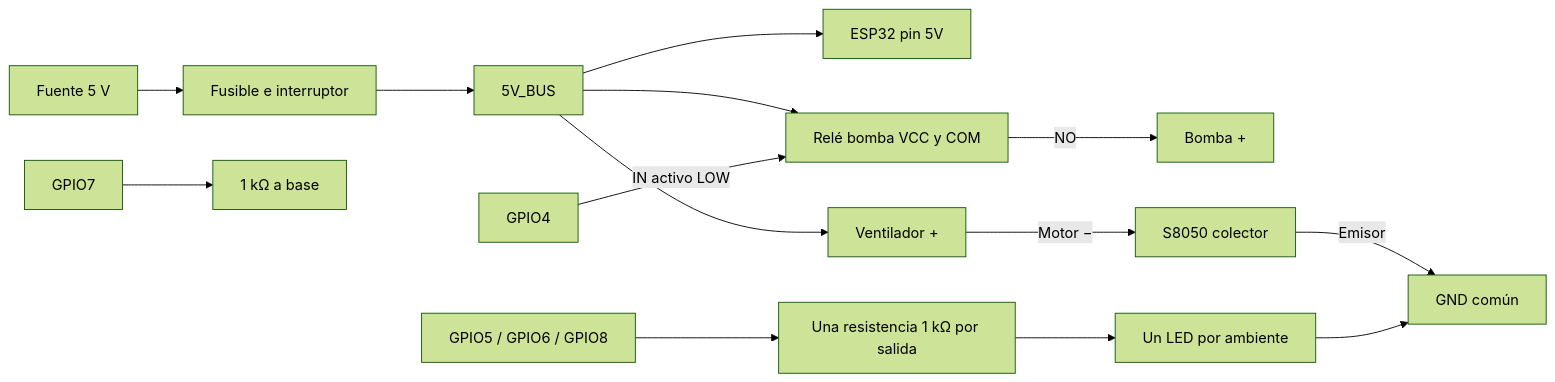
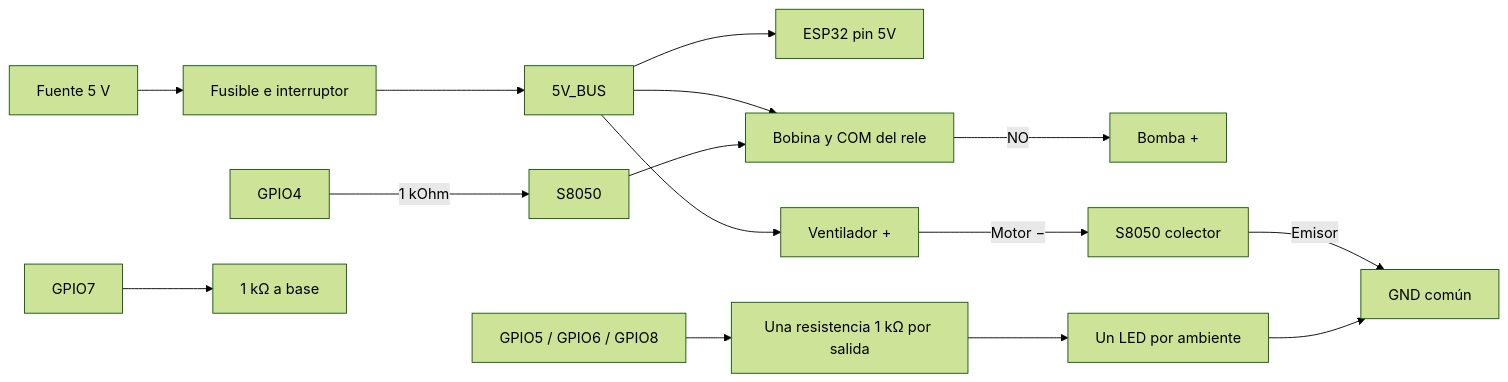
The diagram in obsidian/proyect domus/21 - Simplificacion y reduccion de costos.md (gvayoy-web/DOMUS), drawn with Mermaid (forest theme) before and after one commit. The commit also changed other lines of this file and 21 other files, not shown here.

````diff
--- a/obsidian/proyect domus/21 - Simplificacion y reduccion de costos.md
+++ b/obsidian/proyect domus/21 - Simplificacion y reduccion de costos.md
@@ -62,16 +60,17 @@
 ```mermaid
 flowchart LR
     F[Fuente 5 V] --> P[Fusible e interruptor]
     P --> B[5V_BUS]
     B --> E[ESP32 pin 5V]
-    B --> R[Relé bomba VCC y COM]
+    B --> R[Bobina y COM del rele]
     R -->|NO| M[Bomba +]
-    G4[GPIO4] -->|IN activo LOW| R
+    G4[GPIO4] -->|1 kOhm| Q[S8050]
+    Q --> R
     B --> V[Ventilador +]
     V -->|Motor −| C[S8050 colector]
     G7[GPIO7] --> RB[1 kΩ a base]
     C -->|Emisor| G[GND común]
     L[GPIO5 / GPIO6 / GPIO8] --> RL[Una resistencia 1 kΩ por salida]
     RL --> LED[Un LED por ambiente]
     LED --> G
 ```
````
